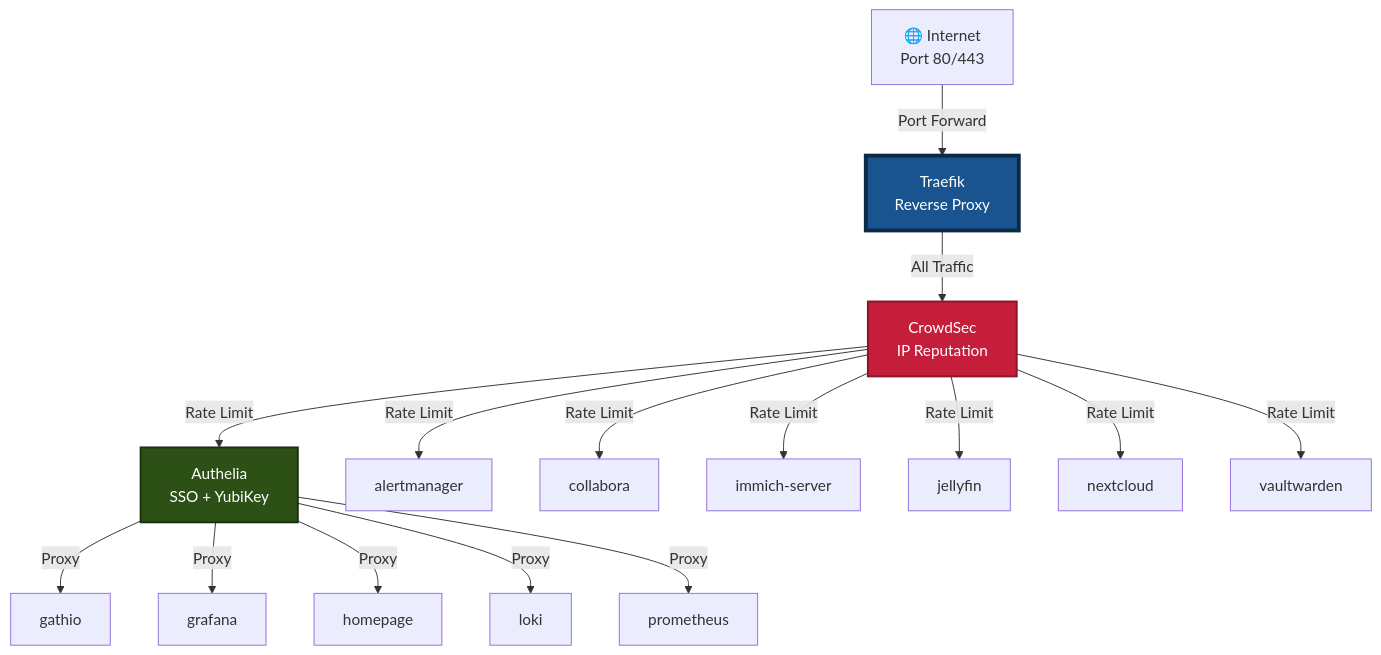
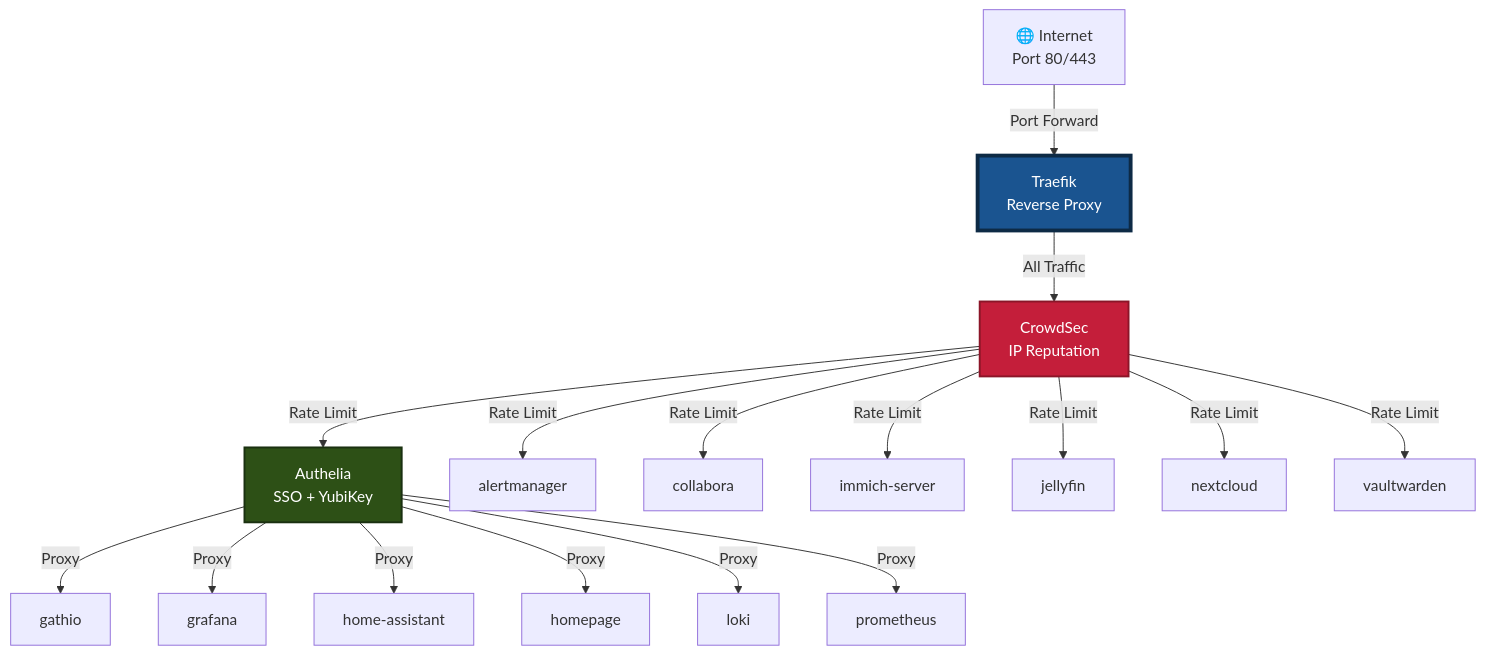
The first of 3 diagrams in docs/AUTO-NETWORK-TOPOLOGY.md (vonrobak/fedora-homelab-containers), drawn with Mermaid before and after one commit. The commit also changed other lines of this file and 5 other files, not shown here.

First line of the commit message:
deploy: Matter Server and Home Assistant presence detection - Week 2 (#71)

````diff
--- a/docs/AUTO-NETWORK-TOPOLOGY.md
+++ b/docs/AUTO-NETWORK-TOPOLOGY.md
@@ -14,29 +14,30 @@
 ```mermaid
 graph TB
     Internet[🌐 Internet<br/>Port 80/443]
     Internet -->|Port Forward| Traefik[Traefik<br/>Reverse Proxy]
 
     %% All traffic goes through CrowdSec first
     Traefik -->|All Traffic| CrowdSec[CrowdSec<br/>IP Reputation]
 
     %% Services requiring Authelia SSO
     CrowdSec -->|Rate Limit| Authelia[Authelia<br/>SSO + YubiKey]
     Authelia -->|Proxy| gathio[gathio]
     Authelia -->|Proxy| grafana[grafana]
+    Authelia -->|Proxy| home_assistant[home-assistant]
     Authelia -->|Proxy| homepage[homepage]
     Authelia -->|Proxy| loki[loki]
     Authelia -->|Proxy| prometheus[prometheus]
 
     %% Services with native authentication (bypass Authelia)
     CrowdSec -->|Rate Limit| alertmanager[alertmanager]
     CrowdSec -->|Rate Limit| collabora[collabora]
     CrowdSec -->|Rate Limit| immich_server[immich-server]
     CrowdSec -->|Rate Limit| jellyfin[jellyfin]
     CrowdSec -->|Rate Limit| nextcloud[nextcloud]
     CrowdSec -->|Rate Limit| vaultwarden[vaultwarden]
 
     %% Styling
     style Traefik fill:#1a5490,stroke:#0d2a45,stroke-width:4px,color:#fff
     style CrowdSec fill:#c41e3a,stroke:#8b1528,stroke-width:2px,color:#fff
     style Authelia fill:#2d5016,stroke:#1a3010,stroke-width:2px,color:#fff
 ```
````
